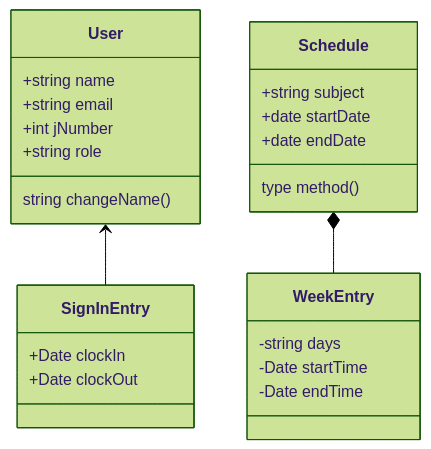
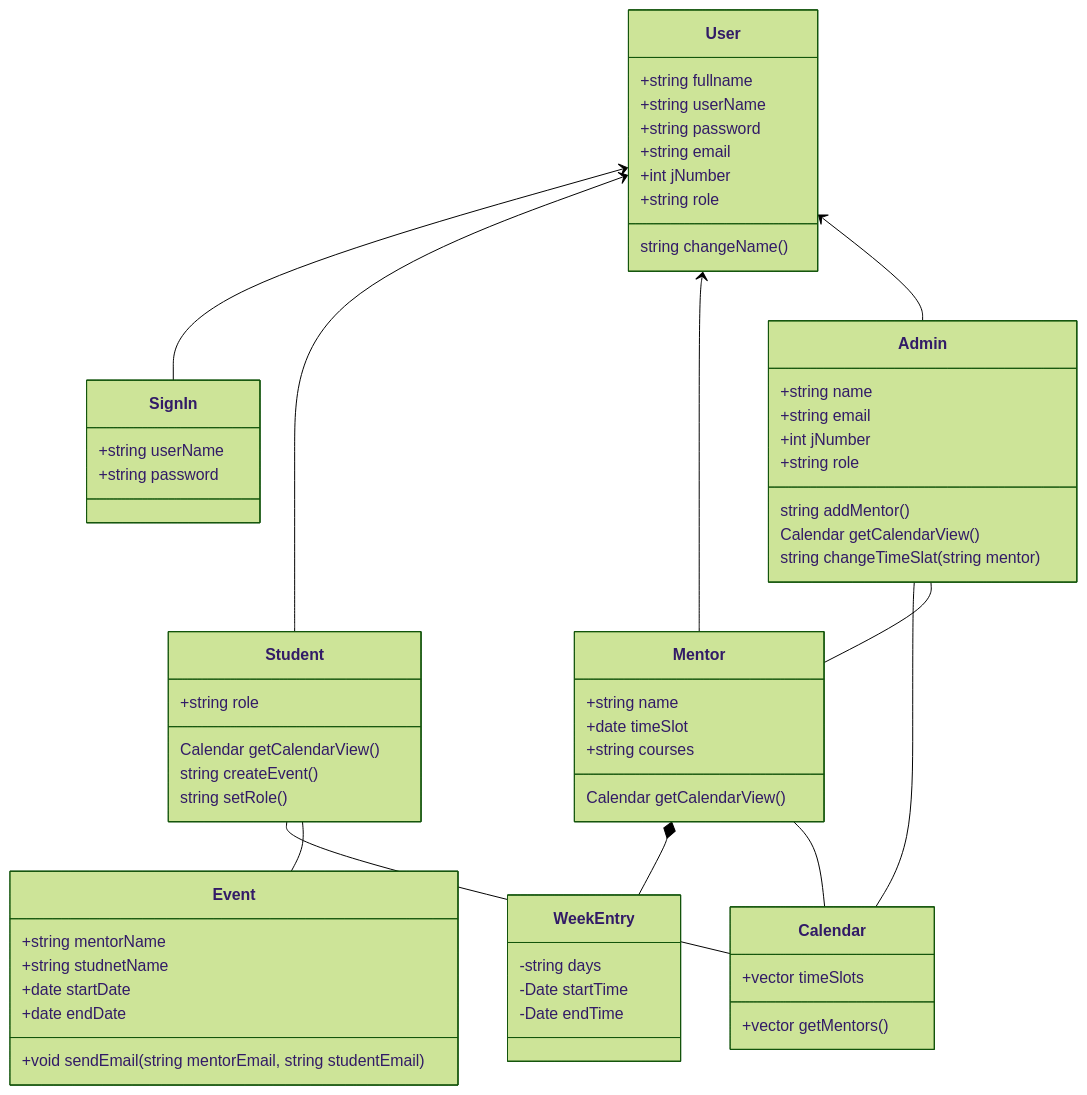
Before and after one commit to dinaolmelak/Scholars-Academy-Overview: the first of 4 diagrams in README.md, drawn with Mermaid (forest theme). The commit also changed other lines of this file, not shown here.

Commit message:
added uml classes

````diff
--- a/README.md
+++ b/README.md
@@ -7,31 +7,68 @@
 ```mermaid
  classDiagram
 
-    User <-- SignInEntry
-    Schedule *-- WeekEntry
+    User <-- SignIn
+    User <-- Student
+    User <-- Mentor
+    User <-- Admin
+    Mentor *-- WeekEntry
+    Student -- Calendar
+    Mentor -- Calendar
+    Admin -- Calendar
+    Admin -- Mentor
+    Student -- Event
+
+    class Admin
+    Admin: +string name 
+    Admin: +string email
+    Admin: +int jNumber
+    Admin: +string role
+    Admin: string addMentor()
+    Admin: Calendar getCalendarView()
+    Admin: string changeTimeSlat(string mentor)
 
     class User
-    User: +string name 
+    User: +string fullname 
+    User: +string userName 
+    User: +string password 
     User: +string email
     User: +int jNumber
     User: +string role
     User: string changeName()
 
-    class Schedule
-    Schedule: +string subject
-    Schedule: +date startDate
-    Schedule: +date endDate
-    Schedule: type method()  
-    
+    class Event
+    Event: +string mentorName 
+    Event: +string studnetName 
+    Event: +date startDate
+    Event: +date endDate
+    Event: +void sendEmail(string mentorEmail, string studentEmail)
+
+    class Mentor
+    Mentor: +string name 
+    Mentor: +date timeSlot
+    Mentor: +string courses 
+    Mentor: Calendar getCalendarView()
+
+    class Calendar
+    Calendar: +vector<Mentors> getMentors()
+    Calendar: +vector timeSlots 
+
+
+    class Student
+    Student: +string role
+    Student: Calendar getCalendarView()
+    Student: string createEvent()
+    Student: string setRole()
+
     class WeekEntry
     WeekEntry: -string days 
     WeekEntry: -Date startTime 
     WeekEntry: -Date endTime 
 
-    class SignInEntry
-    SignInEntry: +Date clockIn
-    SignInEntry: +Date clockOut
+    class SignIn
+    SignIn: +string userName
+    SignIn: +string password
 
 
 
 ```
````
